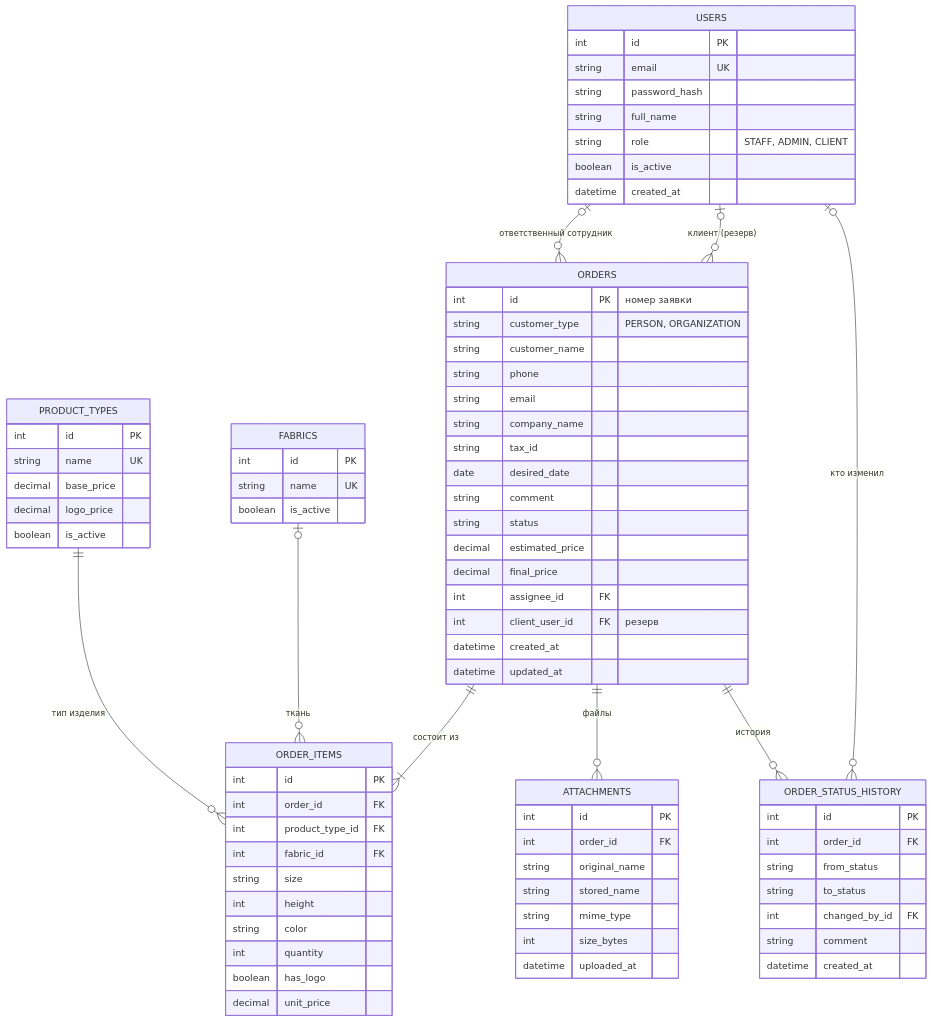
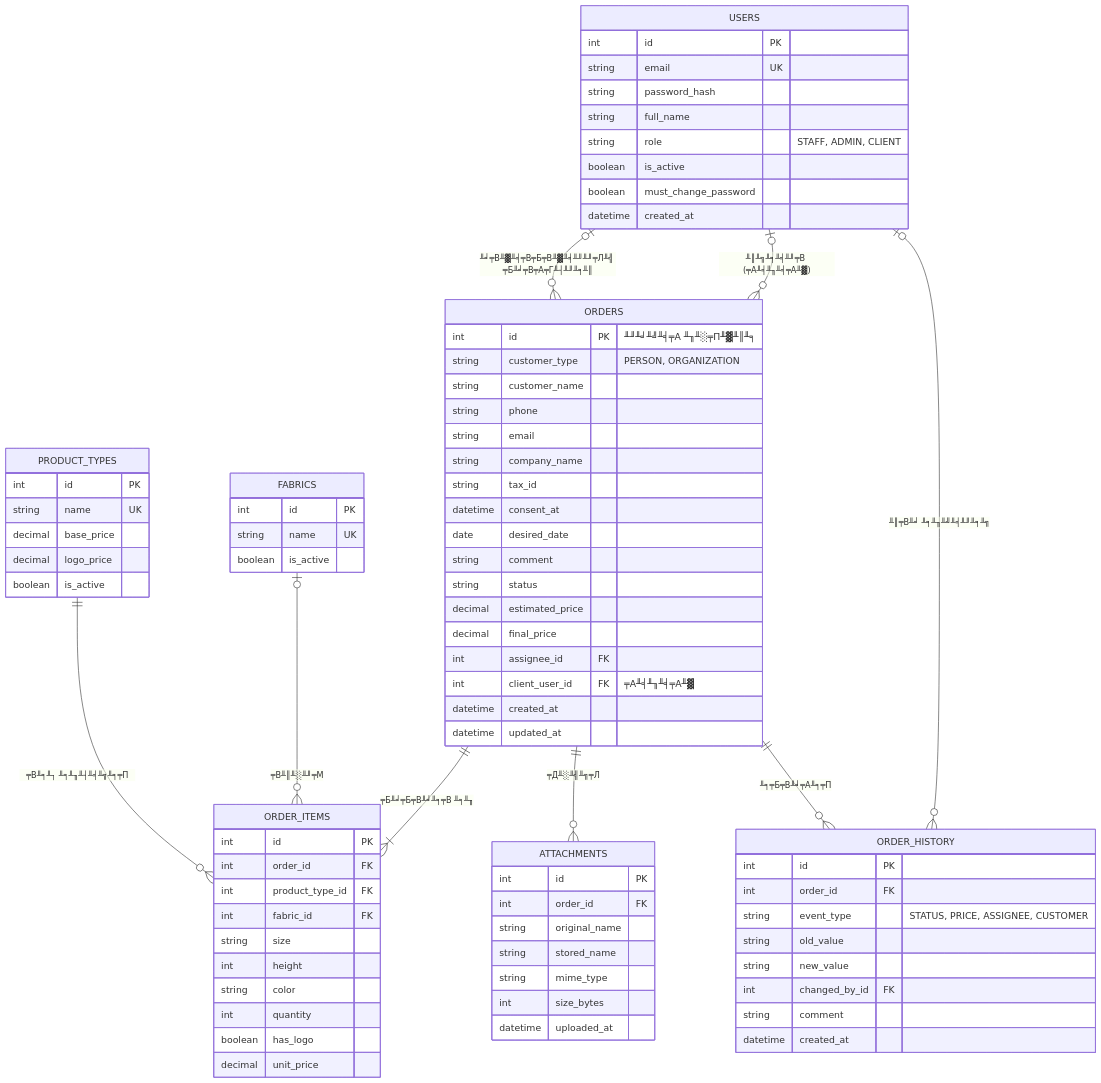
One commit to hudajbergenovafaiza-sketch/uniform-orders changed the first of 2 diagrams in docs/architecture.md. Above: the diagram before and after it, drawn with Mermaid. The commit also changed other lines of this file, not shown here.

````diff
--- a/docs/architecture.md
+++ b/docs/architecture.md
@@ -254,6 +279,7 @@
         string full_name
         string role "STAFF, ADMIN, CLIENT"
         boolean is_active
+        boolean must_change_password
         datetime created_at
     }
     PRODUCT_TYPES {
@@ -269,20 +295,21 @@
         boolean is_active
     }
     ORDERS {
-        int id PK "номер заявки"
+        int id PK "╨╜╨╛╨╝╨╡╤А ╨╖╨░╤П╨▓╨║╨╕"
         string customer_type "PERSON, ORGANIZATION"
         string customer_name
         string phone
         string email
         string company_name
         string tax_id
+        datetime consent_at
         date desired_date
         string comment
         string status
         decimal estimated_price
         decimal final_price
         int assignee_id FK
-        int client_user_id FK "резерв"
+        int client_user_id FK "╤А╨╡╨╖╨╡╤А╨▓"
         datetime created_at
         datetime updated_at
     }
@@ -307,22 +334,23 @@
         int size_bytes
         datetime uploaded_at
     }
-    ORDER_STATUS_HISTORY {
+    ORDER_HISTORY {
         int id PK
         int order_id FK
-        string from_status
-        string to_status
+        string event_type "STATUS, PRICE, ASSIGNEE, CUSTOMER"
+        string old_value
+        string new_value
         int changed_by_id FK
         string comment
         datetime created_at
     }
 
-    USERS |o--o{ ORDERS : "ответственный сотрудник"
-    USERS |o--o{ ORDERS : "клиент (резерв)"
-    ORDERS ||--|{ ORDER_ITEMS : "состоит из"
-    PRODUCT_TYPES ||--o{ ORDER_ITEMS : "тип изделия"
-    FABRICS |o--o{ ORDER_ITEMS : "ткань"
-    ORDERS ||--o{ ATTACHMENTS : "файлы"
-    ORDERS ||--o{ ORDER_STATUS_HISTORY : "история"
-    USERS |o--o{ ORDER_STATUS_HISTORY : "кто изменил"
+    USERS |o--o{ ORDERS : "╨╛╤В╨▓╨╡╤В╤Б╤В╨▓╨╡╨╜╨╜╤Л╨╣ ╤Б╨╛╤В╤А╤Г╨┤╨╜╨╕╨║"
+    USERS |o--o{ ORDERS : "╨║╨╗╨╕╨╡╨╜╤В (╤А╨╡╨╖╨╡╤А╨▓)"
+    ORDERS ||--|{ ORDER_ITEMS : "╤Б╨╛╤Б╤В╨╛╨╕╤В ╨╕╨╖"
+    PRODUCT_TYPES ||--o{ ORDER_ITEMS : "╤В╨╕╨┐ ╨╕╨╖╨┤╨╡╨╗╨╕╤П"
+    FABRICS |o--o{ ORDER_ITEMS : "╤В╨║╨░╨╜╤М"
+    ORDERS ||--o{ ATTACHMENTS : "╤Д╨░╨╣╨╗╤Л"
+    ORDERS ||--o{ ORDER_HISTORY : "╨╕╤Б╤В╨╛╤А╨╕╤П"
+    USERS |o--o{ ORDER_HISTORY : "╨║╤В╨╛ ╨╕╨╖╨╝╨╡╨╜╨╕╨╗"
 ```
````
